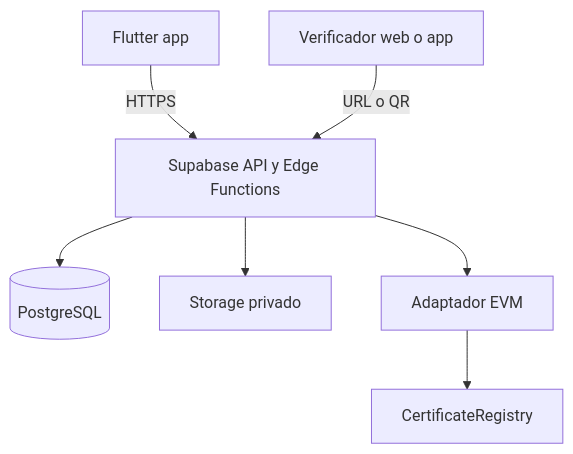
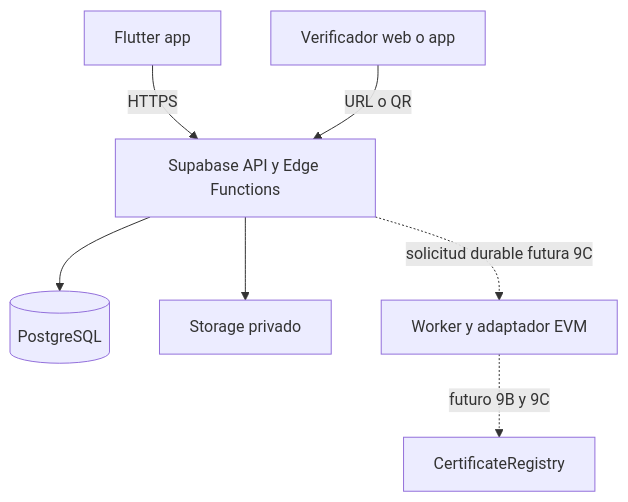
One commit to benjvm/certichain changed the diagram in docs/ARCHITECTURE.md. Above: the diagram before and after it, drawn with Mermaid. The commit also changed other lines of this file and 17 other files, not shown here.

````diff
--- a/docs/ARCHITECTURE.md
+++ b/docs/ARCHITECTURE.md
@@ -12,9 +12,9 @@
 ```mermaid
 flowchart TD
     A[Flutter app] -->|HTTPS| B[Supabase API y Edge Functions]
     B --> C[(PostgreSQL)]
     B --> D[Storage privado]
-    B --> E[Adaptador EVM]
-    E --> F[CertificateRegistry]
+    B -. solicitud durable futura 9C .-> E[Worker y adaptador EVM]
+    E -. futuro 9B y 9C .-> F[CertificateRegistry]
     G[Verificador web o app] -->|URL o QR| B
 ```
````
